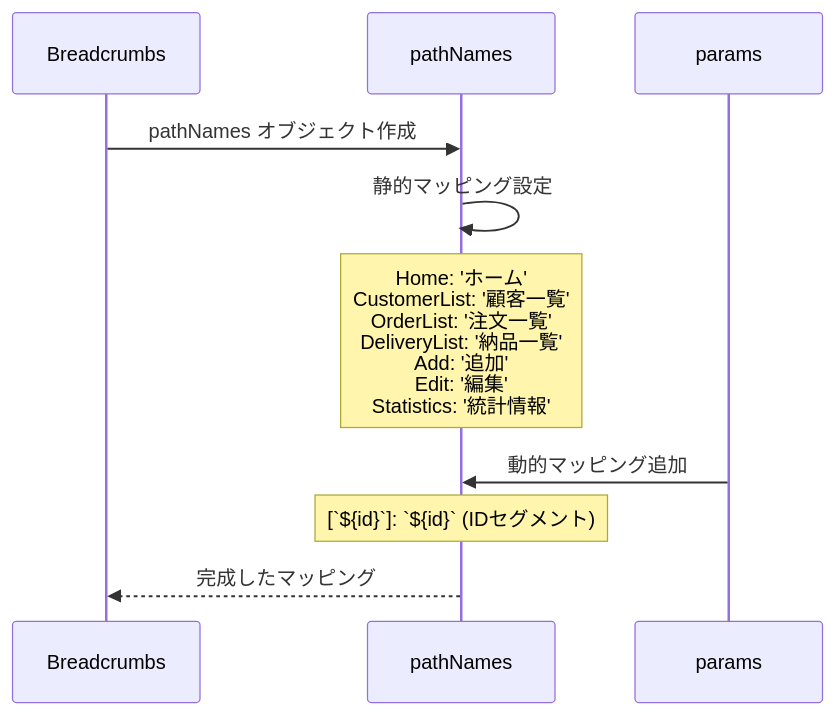
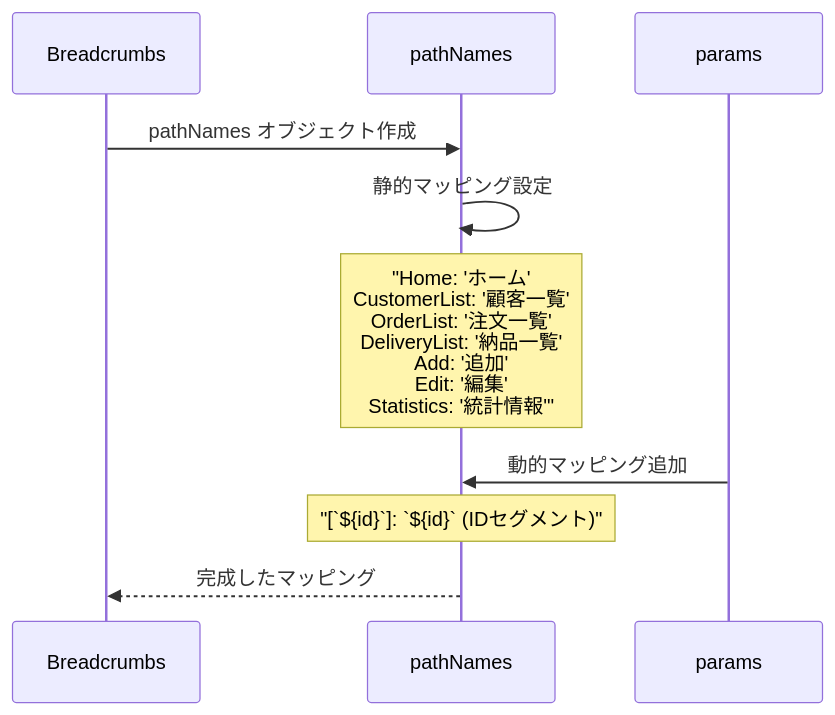
Before and after one commit to wasabi49/ocs-systemDevelopmentExercises: the second of 9 diagrams in document/components/sequence/Breadcrumbs.md, drawn with Mermaid. The commit also changed other lines of this file and 42 other files, not shown here.

First line of the commit message:
fix: mermaidシーケンス図のNote over文でダブルクォーテーション不足を修正

````diff
--- a/document/components/sequence/Breadcrumbs.md
+++ b/document/components/sequence/Breadcrumbs.md
@@ -25,15 +25,15 @@
 ```mermaid
 sequenceDiagram
     participant Breadcrumbs as Breadcrumbs
     participant PathNames as pathNames
     participant Params as params
 
     Breadcrumbs->>PathNames: pathNames オブジェクト作成
     PathNames->>PathNames: 静的マッピング設定
-    Note over PathNames: Home: 'ホーム'<br/>CustomerList: '顧客一覧'<br/>OrderList: '注文一覧'<br/>DeliveryList: '納品一覧'<br/>Add: '追加'<br/>Edit: '編集'<br/>Statistics: '統計情報'
+    Note over PathNames: "Home: 'ホーム'<br/>CustomerList: '顧客一覧'<br/>OrderList: '注文一覧'<br/>DeliveryList: '納品一覧'<br/>Add: '追加'<br/>Edit: '編集'<br/>Statistics: '統計情報'"
     
     Params->>PathNames: 動的マッピング追加
-    Note over PathNames: [`${id}`]: `${id}` (IDセグメント)
+    Note over PathNames: "[`${id}`]: `${id}` (IDセグメント)"
     
     PathNames-->>Breadcrumbs: 完成したマッピング
 ```
````
